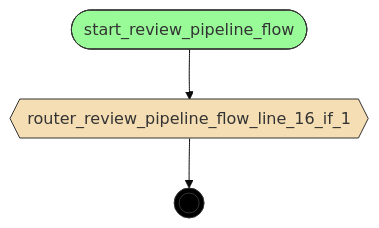
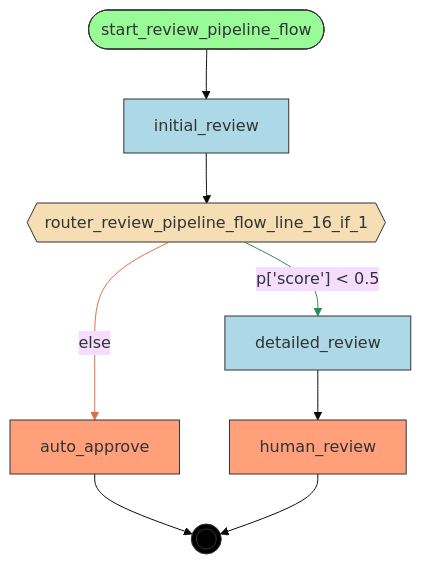
The diagram in examples/flows/compiled/async_nested/flow.mmd (deliveryhero/asya), drawn with Mermaid (base theme) before and after one commit. The commit also changed 625 other files, not shown here.

```diff
--- a/examples/flows/compiled/async_nested/flow.mmd
+++ b/examples/flows/compiled/async_nested/flow.mmd
@@ -1,18 +1,31 @@
 flowchart TD
     %% Flow: review_pipeline_flow
 
+    auto_approve[auto_approve]
+    detailed_review[detailed_review]
+    human_review[human_review]
+    initial_review[initial_review]
     router_review_pipeline_flow_line_16_if_1{{router_review_pipeline_flow_line_16_if_1}}
     start_review_pipeline_flow([start_review_pipeline_flow])
     __end__((( )))
 
-    start_review_pipeline_flow --> router_review_pipeline_flow_line_16_if_1
-    router_review_pipeline_flow_line_16_if_1 --> __end__
+    start_review_pipeline_flow --> initial_review
+    initial_review --> router_review_pipeline_flow_line_16_if_1
+    router_review_pipeline_flow_line_16_if_1 -->|"p['score'] < 0.5"| detailed_review
+    detailed_review --> human_review
+    router_review_pipeline_flow_line_16_if_1 -->|"else"| auto_approve
+    auto_approve --> __end__
+    human_review --> __end__
 
     classDef start fill:#98FB98,stroke:#333
     classDef endnode fill:#FFA07A,stroke:#333
     classDef router fill:#F5DEB3,stroke:#333
     classDef handler fill:#ADD8E6,stroke:#333
     classDef endpoint fill:#000,stroke:#333,color:#fff
     class start_review_pipeline_flow start
+    class auto_approve,human_review endnode
     class router_review_pipeline_flow_line_16_if_1 router
+    class detailed_review,initial_review handler
     class __end__ endpoint
+    linkStyle 2 stroke:#2E8B57
+    linkStyle 4 stroke:#E07040
```
